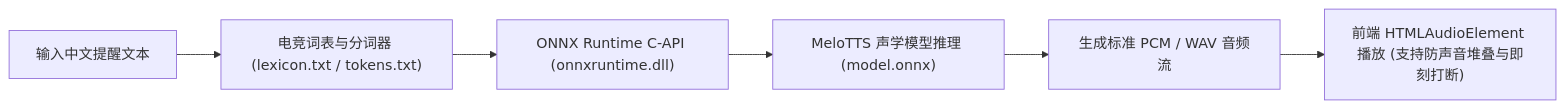
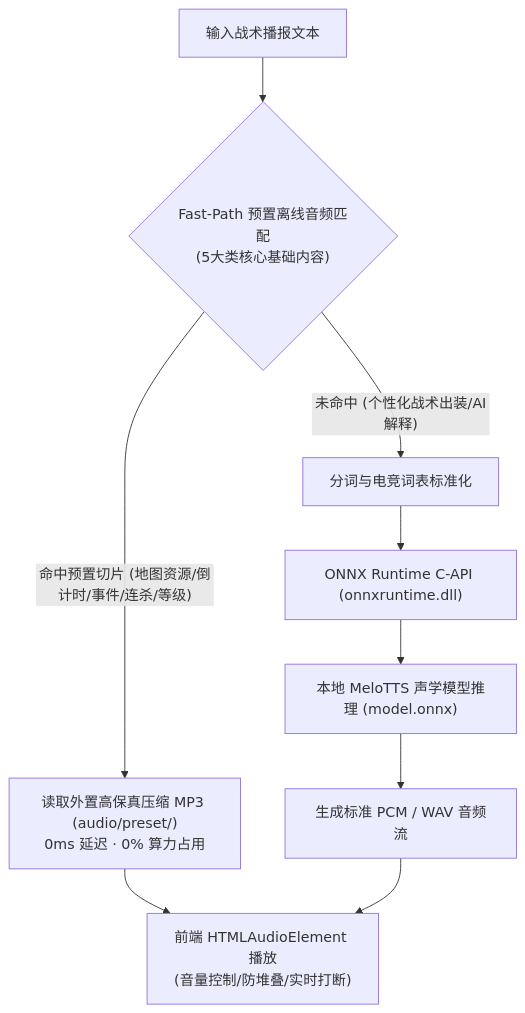
Before and after one commit to filusilia/tiny-coach: the third of 5 diagrams in docs/SUBSYSTEM_RUNTIMES.md, drawn with Mermaid. The commit also changed other lines of this file and 33 other files, not shown here.

````diff
--- a/docs/SUBSYSTEM_RUNTIMES.md
+++ b/docs/SUBSYSTEM_RUNTIMES.md
@@ -97,8 +97,10 @@
 ```mermaid
-flowchart LR
-    Text["输入中文提醒文本"] --> Lexicon["电竞词表与分词器 (lexicon.txt / tokens.txt)"]
+flowchart TD
+    Text["输入战术播报文本"] --> Matcher{"Fast-Path 预置离线音频匹配\n(5大类核心基础内容)"}
+    Matcher -- "命中预置切片 (地图资源/倒计时/事件/连杀/等级)" --> Preset["读取外置高保真压缩 MP3 (audio/preset/)\n0ms 延迟 · 0% 算力占用"]
+    Matcher -- "未命中 (个性化战术出装/AI解释)" --> Lexicon["分词与电竞词表标准化"]
     Lexicon --> CAPI["ONNX Runtime C-API (onnxruntime.dll)"]
-    CAPI --> Acoustic["MeloTTS 声学模型推理 (model.onnx)"]
-    Acoustic --> AudioData["生成标准 PCM / WAV 音频流"]
-    AudioData --> Frontend["前端 HTMLAudioElement 播放 (支持防声音堆叠与即刻打断)"]
+    CAPI --> Acoustic["本地 MeloTTS 声学模型推理 (model.onnx)"]
+    Acoustic --> WavData["生成标准 PCM / WAV 音频流"]
+    Preset & WavData --> Play["前端 HTMLAudioElement 播放\n(音量控制/防堆叠/实时打断)"]
 ```
````
